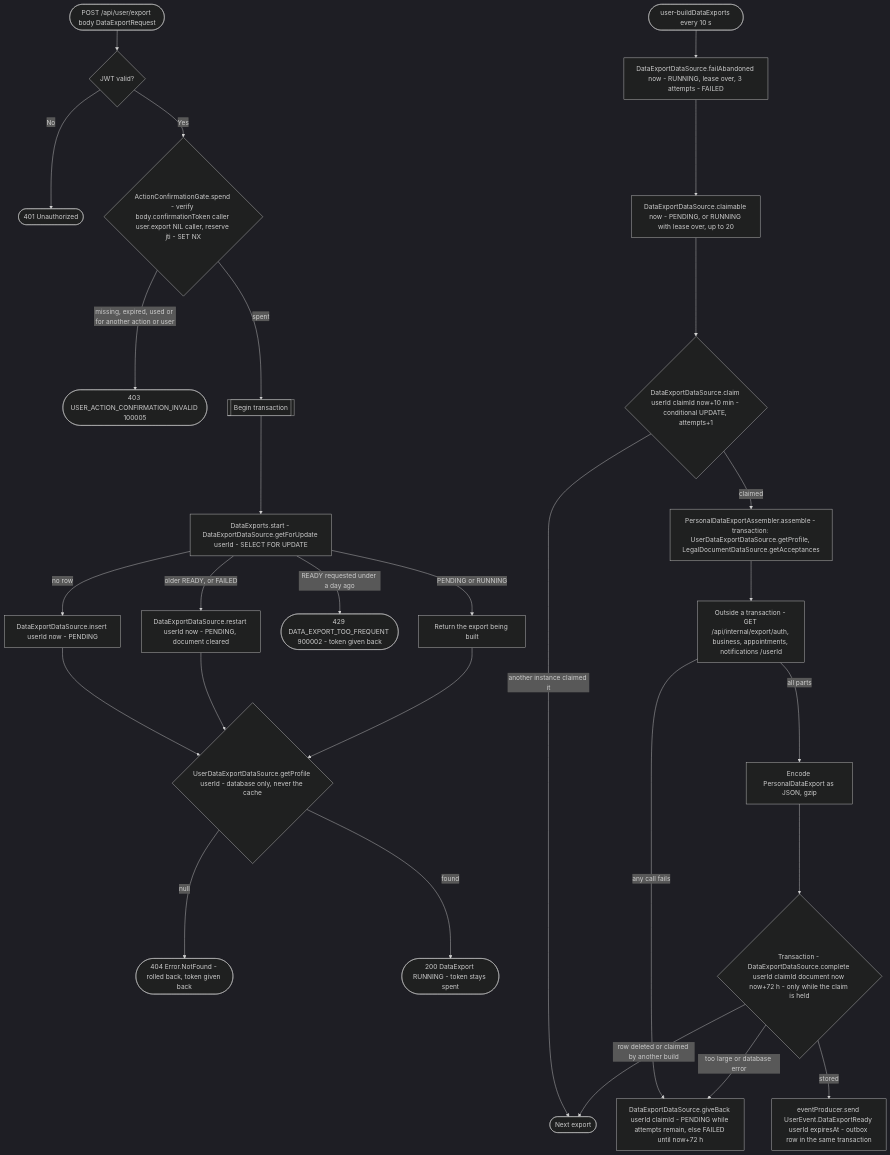
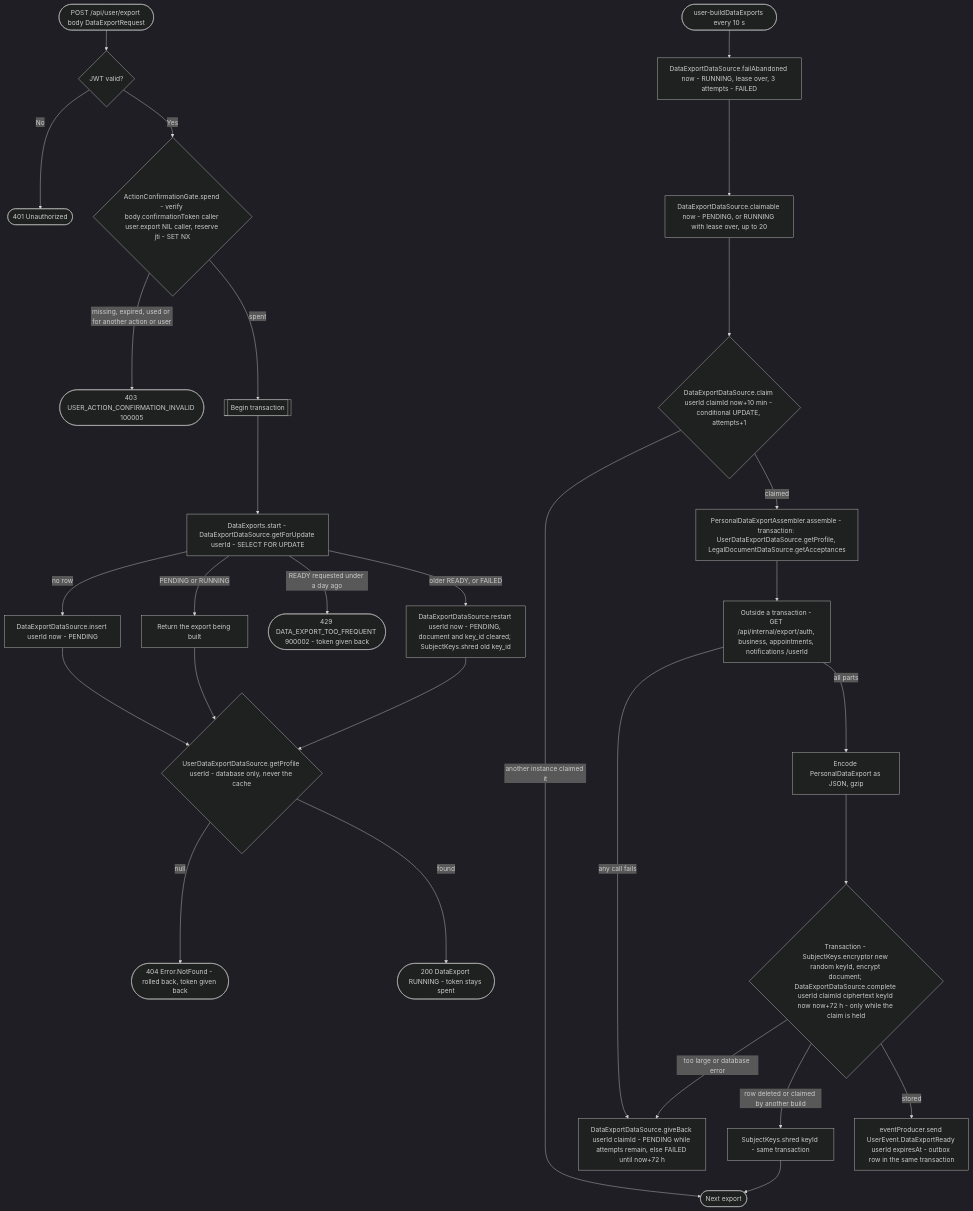
Before and after one commit to nocturneproperties/bookkme: the diagram in docs/operations/user/start-personal-data-export.md, drawn with Mermaid (dark theme). The commit also changed 72 other files, not shown here.

````diff
--- a/docs/operations/user/start-personal-data-export.md
+++ b/docs/operations/user/start-personal-data-export.md
@@ -25,32 +25,33 @@
 ```mermaid
 flowchart TD
     Start([POST /api/user/export body DataExportRequest]) --> Auth{JWT valid?}
     Auth -- No --> R401([401 Unauthorized])
     Auth -- Yes --> ActionConfirmation{"ActionConfirmationGate.spend - verify body.confirmationToken caller user.export NIL caller, reserve jti - SET NX"}
     ActionConfirmation -- missing, expired, used or for another action or user --> R403([403 USER_ACTION_CONFIRMATION_INVALID 100005])
     ActionConfirmation -- spent --> Tx[[Begin transaction]]
     Tx --> Lock["DataExports.start - DataExportDataSource.getForUpdate userId - SELECT FOR UPDATE"]
     Lock -- no row --> Insert[DataExportDataSource.insert userId now - PENDING]
     Lock -- PENDING or RUNNING --> Same[Return the export being built]
     Lock -- READY requested under a day ago --> R429([429 DATA_EXPORT_TOO_FREQUENT 900002 - token given back])
-    Lock -- older READY, or FAILED --> Restart[DataExportDataSource.restart userId now - PENDING, document cleared]
+    Lock -- older READY, or FAILED --> Restart["DataExportDataSource.restart userId now - PENDING, document and key_id cleared; SubjectKeys.shred old key_id"]
     Insert --> Profile
     Restart --> Profile
     Same --> Profile
     Profile{"UserDataExportDataSource.getProfile userId - database only, never the cache"}
     Profile -- null --> R404([404 Error.NotFound - rolled back, token given back])
     Profile -- found --> R200([200 DataExport RUNNING - token stays spent])
 
     Job([user-buildDataExports every 10 s]) --> Abandon["DataExportDataSource.failAbandoned now - RUNNING, lease over, 3 attempts - FAILED"]
     Abandon --> Queue["DataExportDataSource.claimable now - PENDING, or RUNNING with lease over, up to 20"]
     Queue --> Claim{"DataExportDataSource.claim userId claimId now+10 min - conditional UPDATE, attempts+1"}
     Claim -- another instance claimed it --> Next([Next export])
     Claim -- claimed --> Own["PersonalDataExportAssembler.assemble - transaction: UserDataExportDataSource.getProfile, LegalDocumentDataSource.getAcceptances"]
     Own --> Calls["Outside a transaction - GET /api/internal/export/auth, business, appointments, notifications /userId"]
     Calls -- any call fails --> GiveBack["DataExportDataSource.giveBack userId claimId - PENDING while attempts remain, else FAILED until now+72 h"]
     Calls -- all parts --> Gzip[Encode PersonalDataExport as JSON, gzip]
-    Gzip --> Store{"Transaction - DataExportDataSource.complete userId claimId document now now+72 h - only while the claim is held"}
+    Gzip --> Store{"Transaction - SubjectKeys.encryptor new random keyId, encrypt document; DataExportDataSource.complete userId claimId ciphertext keyId now now+72 h - only while the claim is held"}
     Store -- too large or database error --> GiveBack
-    Store -- row deleted or claimed by another build --> Next
+    Store -- row deleted or claimed by another build --> Shred["SubjectKeys.shred keyId - same transaction"]
+    Shred --> Next
     Store -- stored --> Ready["eventProducer.send UserEvent.DataExportReady userId expiresAt - outbox row in the same transaction"]
 ```
````
